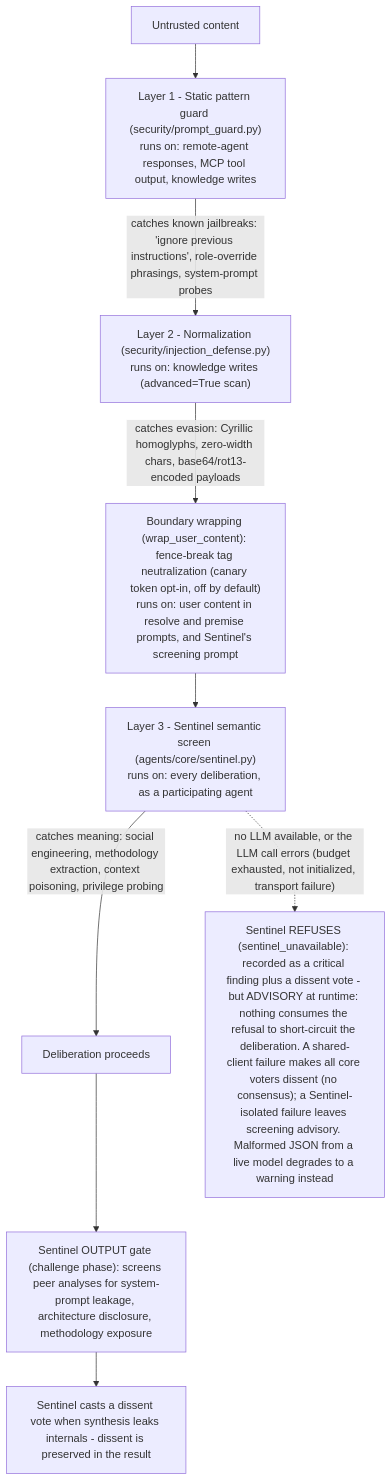
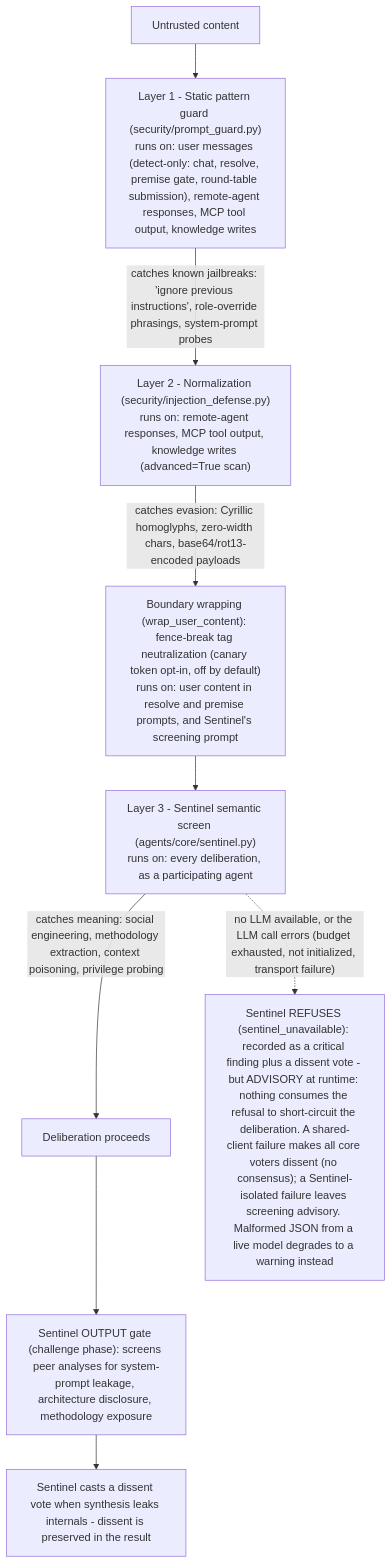
One commit to KangaKode/aiscaffold changed the second of 3 diagrams in docs/SECURITY_MODEL.md. Above: the diagram before and after it, drawn with Mermaid. The commit also changed other lines of this file and 18 other files, not shown here.

````diff
--- a/docs/SECURITY_MODEL.md
+++ b/docs/SECURITY_MODEL.md
@@ -33,11 +33,11 @@
 ```mermaid
 flowchart TD
-    Input["Untrusted content"] --> L1["Layer 1 - Static pattern guard (security/prompt_guard.py)<br/>runs on: remote-agent responses, MCP tool output, knowledge writes"]
-    L1 -->|"catches known jailbreaks: 'ignore previous instructions', role-override phrasings, system-prompt probes"| L2["Layer 2 - Normalization (security/injection_defense.py)<br/>runs on: knowledge writes (advanced=True scan)"]
+    Input["Untrusted content"] --> L1["Layer 1 - Static pattern guard (security/prompt_guard.py)<br/>runs on: user messages (detect-only: chat, resolve, premise gate, round-table submission), remote-agent responses, MCP tool output, knowledge writes"]
+    L1 -->|"catches known jailbreaks: 'ignore previous instructions', role-override phrasings, system-prompt probes"| L2["Layer 2 - Normalization (security/injection_defense.py)<br/>runs on: remote-agent responses, MCP tool output, knowledge writes (advanced=True scan)"]
     L2 -->|"catches evasion: Cyrillic homoglyphs, zero-width chars, base64/rot13-encoded payloads"| Wrap["Boundary wrapping (wrap_user_content): fence-break tag neutralization (canary token opt-in, off by default)<br/>runs on: user content in resolve and premise prompts, and Sentinel's screening prompt"]
     Wrap --> L3["Layer 3 - Sentinel semantic screen (agents/core/sentinel.py)<br/>runs on: every deliberation, as a participating agent"]
     L3 -->|"catches meaning: social engineering, methodology extraction, context poisoning, privilege probing"| Delib["Deliberation proceeds"]
     L3 -.->|"no LLM available, or the LLM call errors (budget exhausted, not initialized, transport failure)"| Closed["Sentinel REFUSES (sentinel_unavailable): recorded as a critical finding plus a dissent vote - but ADVISORY at runtime: nothing consumes the refusal to short-circuit the deliberation. A shared-client failure makes all core voters dissent (no consensus); a Sentinel-isolated failure leaves screening advisory. Malformed JSON from a live model degrades to a warning instead"]
     Delib --> OutGate["Sentinel OUTPUT gate (challenge phase): screens peer analyses for system-prompt leakage, architecture disclosure, methodology exposure"]
     OutGate --> Vote["Sentinel casts a dissent vote when synthesis leaks internals - dissent is preserved in the result"]
 ```
````
